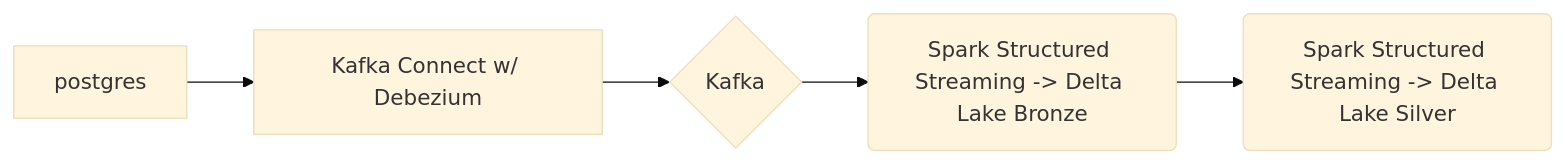
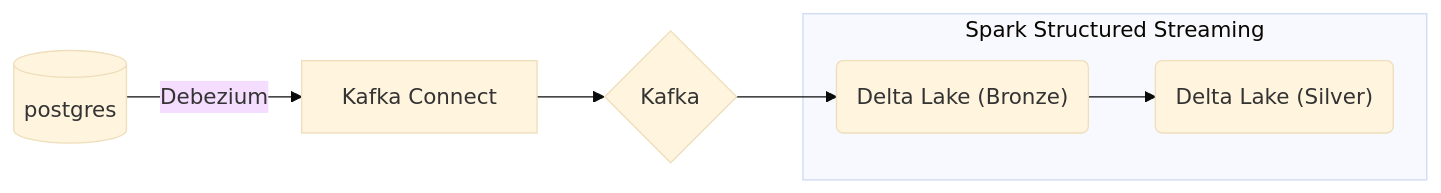
The diagram in README.md (salmonsd/lakehouse-poc), drawn with Mermaid (base theme) before and after one commit.

Commit message:
main: update README improve mermaid diagram

````diff
--- a/README.md
+++ b/README.md
@@ -7,7 +7,9 @@
 ```mermaid
 flowchart LR
-    A[postgres] --> B[Kafka Connect w/ Debezium]
+    A[(postgres)] --> |Debezium| B[Kafka Connect]
     B --> C{Kafka}
-    C -->D(Spark Structured Streaming -> Delta Lake Bronze)
-    D -->E(Spark Structured Streaming -> Delta Lake Silver)
+    C -->D("Delta Lake (Bronze)")
+    subgraph "Spark Structured Streaming"
+    D -->E("Delta Lake (Silver)")
+    end
 ```
````
